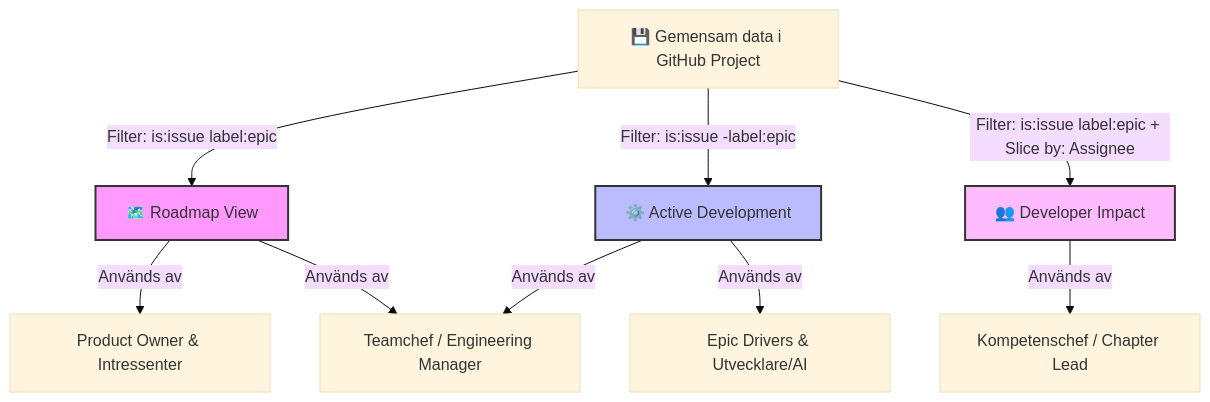
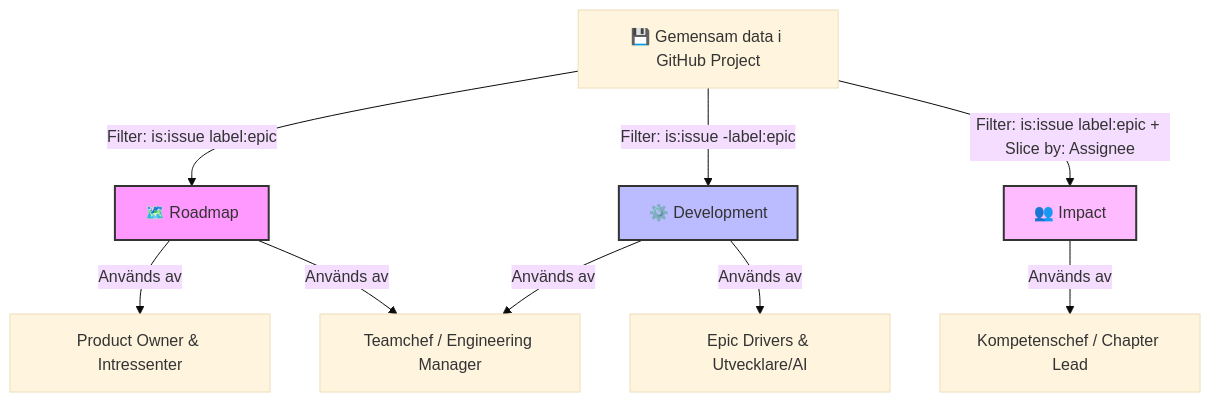
Before and after one commit to stefanbackelin/dab: the diagram in github_guide.md, drawn with Mermaid (base theme). The commit also changed other lines of this file and 2 other files, not shown here.

````diff
--- a/github_guide.md
+++ b/github_guide.md
@@ -65,20 +65,20 @@
 ```mermaid
 
 graph TD
-    Data[💾 Gemensam data i GitHub Project] -->|Filter: is:issue label:epic| ViewA[🗺️ Roadmap View]
-    Data -->|Filter: is:issue -label:epic| ViewB[⚙️ Active Development]
-    Data -->|Filter: is:issue label:epic + Slice by: Assignee| ViewC[👥 Developer Impact]
+    Data[💾 Gemensam data i GitHub Project] -->|Filter: is:issue label:epic| ViewA[🗺️ Roadmap]
+    Data -->|Filter: is:issue -label:epic| ViewB[⚙️ Development]
+    Data -->|Filter: is:issue label:epic + Slice by: Assignee| ViewC[👥 Impact]
 
     ViewA -->|Används av| RolePO[Product Owner & Intressenter]
     ViewA -->|Används av| RoleEM[Teamchef / Engineering Manager]
     
     ViewB -->|Används av| RoleEM
     ViewB -->|Används av| RoleDev[Epic Drivers & Utvecklare/AI]
 
     ViewC -->|Används av| RoleCL[Kompetenschef / Chapter Lead]
 
     style ViewA fill:#f9f,stroke:#333,stroke-width:2px
     style ViewB fill:#bbf,stroke:#333,stroke-width:2px
     style ViewC fill:#fbf,stroke:#333,stroke-width:2px
 
 ```
````
